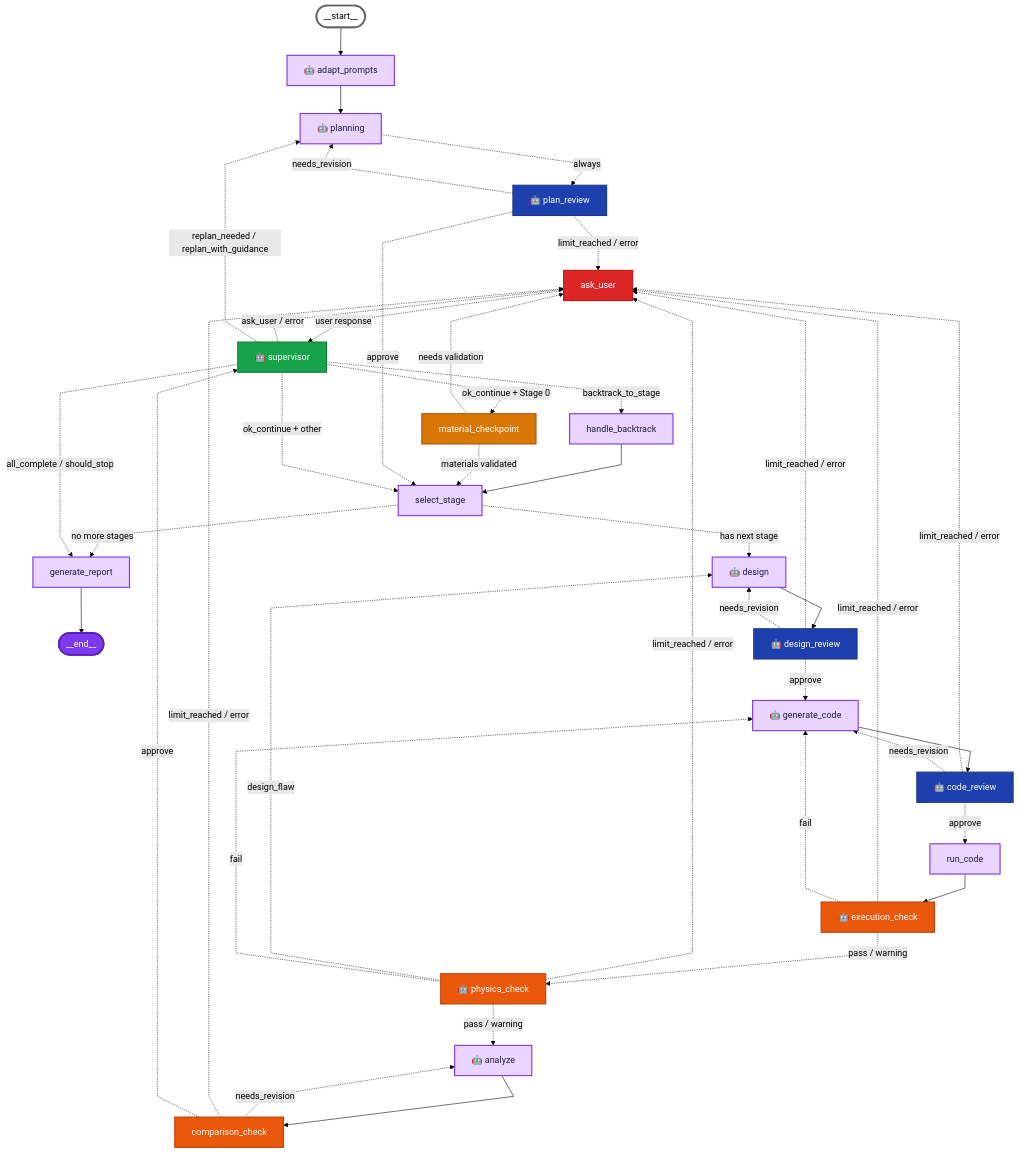
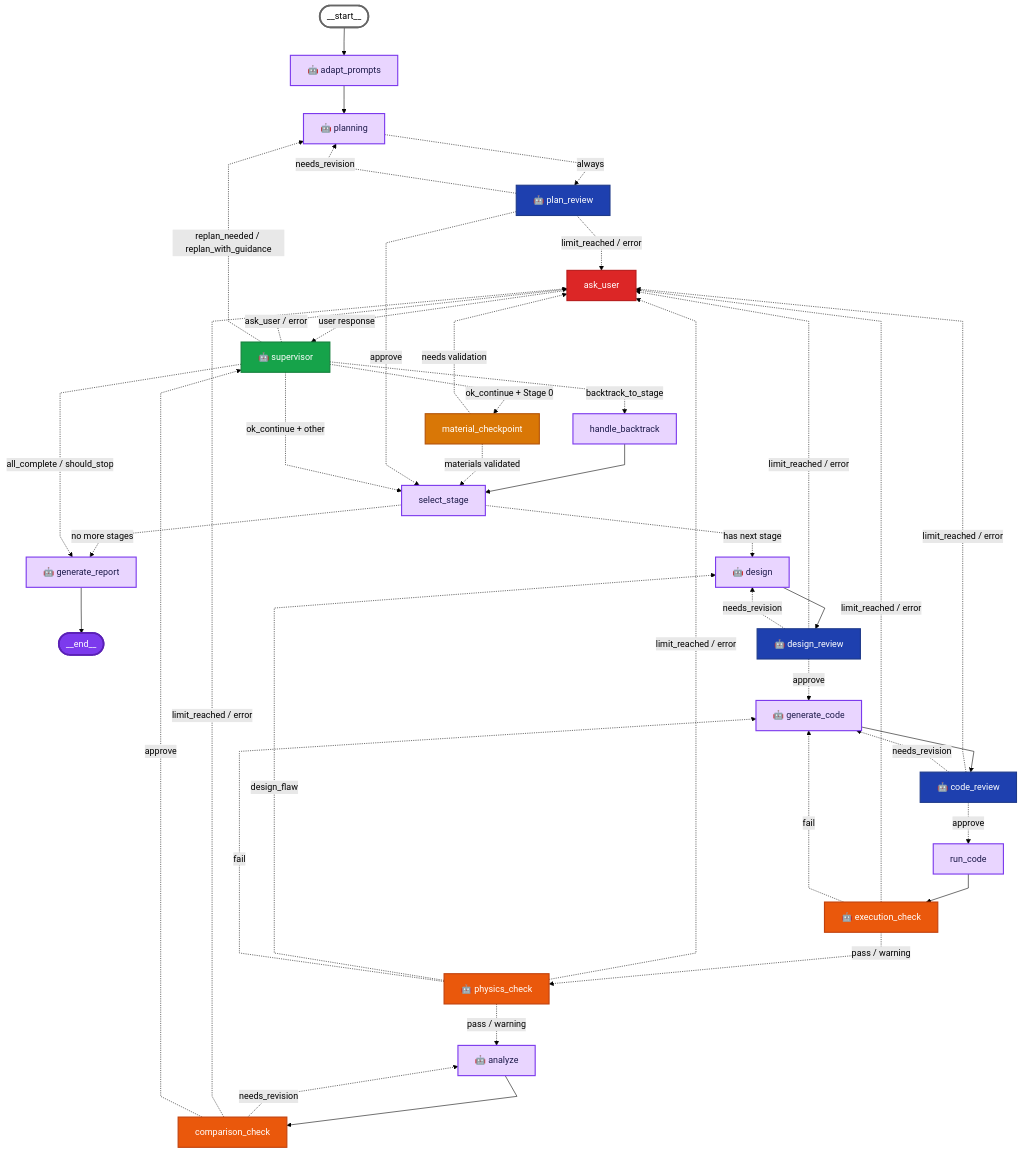
The diagram in workflow_diagram_labeled.mmd (shaiber01/biroclick), drawn with Mermaid (forest theme) before and after one commit. The commit also changed 4 other files, not shown here.

First line of the commit message:
Update graph and visualization to indicate LLM calls for generate_report node

```diff
--- a/workflow_diagram_labeled.mmd
+++ b/workflow_diagram_labeled.mmd
@@ -1,74 +1,74 @@
 ---
 config:
   flowchart:
     curve: linear
 ---
 graph TD;
 	__end__([<p>__end__</p>]):::last
 	__start__([<p>__start__</p>]):::first
 	adapt_prompts["🤖 adapt_prompts"]:::workflowNode
 	analyze["🤖 analyze"]:::workflowNode
 	ask_user["ask_user"]:::userNode
 	code_review["🤖 code_review"]:::reviewNode
 	comparison_check["comparison_check"]:::validationNode
 	design["🤖 design"]:::workflowNode
 	design_review["🤖 design_review"]:::reviewNode
 	execution_check["🤖 execution_check"]:::validationNode
 	generate_code["🤖 generate_code"]:::workflowNode
-	generate_report["generate_report"]:::workflowNode
+	generate_report["🤖 generate_report"]:::workflowNode
 	handle_backtrack["handle_backtrack"]:::workflowNode
 	material_checkpoint["material_checkpoint"]:::checkpointNode
 	physics_check["🤖 physics_check"]:::validationNode
 	plan_review["🤖 plan_review"]:::reviewNode
 	planning["🤖 planning"]:::workflowNode
 	run_code["run_code"]:::workflowNode
 	select_stage["select_stage"]:::workflowNode
 	supervisor["🤖 supervisor"]:::supervisorNode
 	__start__ --> adapt_prompts;
 	adapt_prompts --> planning;
 	analyze --> comparison_check;
 	ask_user -.->|user response| supervisor;
 	code_review -.->|limit_reached / error| ask_user;
 	code_review -.->|needs_revision| generate_code;
 	code_review -.->|approve| run_code;
 	comparison_check -.->|needs_revision| analyze;
 	comparison_check -.->|limit_reached / error| ask_user;
 	comparison_check -.->|approve| supervisor;
 	design --> design_review;
 	design_review -.->|limit_reached / error| ask_user;
 	design_review -.->|needs_revision| design;
 	design_review -.->|approve| generate_code;
 	execution_check -.->|limit_reached / error| ask_user;
 	execution_check -.->|fail| generate_code;
 	execution_check -.->|pass / warning| physics_check;
 	generate_code --> code_review;
 	handle_backtrack --> select_stage;
 	material_checkpoint -.->|needs validation| ask_user;
 	material_checkpoint -.->|materials validated| select_stage;
 	physics_check -.->|pass / warning| analyze;
 	physics_check -.->|limit_reached / error| ask_user;
 	physics_check -.->|design_flaw| design;
 	physics_check -.->|fail| generate_code;
 	plan_review -.->|limit_reached / error| ask_user;
 	plan_review -.->|needs_revision| planning;
 	plan_review -.->|approve| select_stage;
 	planning -.->|always| plan_review;
 	run_code --> execution_check;
 	select_stage -.->|has next stage| design;
 	select_stage -.->|no more stages| generate_report;
 	supervisor -.->|ask_user / error| ask_user;
 	supervisor -.->|all_complete / should_stop| generate_report;
 	supervisor -.->|backtrack_to_stage| handle_backtrack;
 	supervisor -.->|ok_continue + Stage 0| material_checkpoint;
 	supervisor -.->|replan_needed / replan_with_guidance| planning;
 	supervisor -.->|ok_continue + other| select_stage;
 	generate_report --> __end__;
 	classDef default fill:#e9d5ff,stroke:#7c3aed,stroke-width:2px,color:#1e1b4b
 	classDef workflowNode fill:#e9d5ff,stroke:#7c3aed,stroke-width:2px,color:#1e1b4b
 	classDef reviewNode fill:#1e40af,stroke:#1e3a8a,stroke-width:2px,color:#ffffff
 	classDef userNode fill:#dc2626,stroke:#b91c1c,stroke-width:2px,color:#ffffff
 	classDef supervisorNode fill:#16a34a,stroke:#15803d,stroke-width:2px,color:#ffffff
 	classDef checkpointNode fill:#d97706,stroke:#b45309,stroke-width:2px,color:#ffffff
 	classDef validationNode fill:#ea580c,stroke:#c2410c,stroke-width:2px,color:#ffffff
 	classDef first fill-opacity:0,stroke:#666666,stroke-width:3px,color:#000000
 	classDef last fill:#7c3aed,stroke:#5b21b6,stroke-width:3px,color:#ffffff
```
